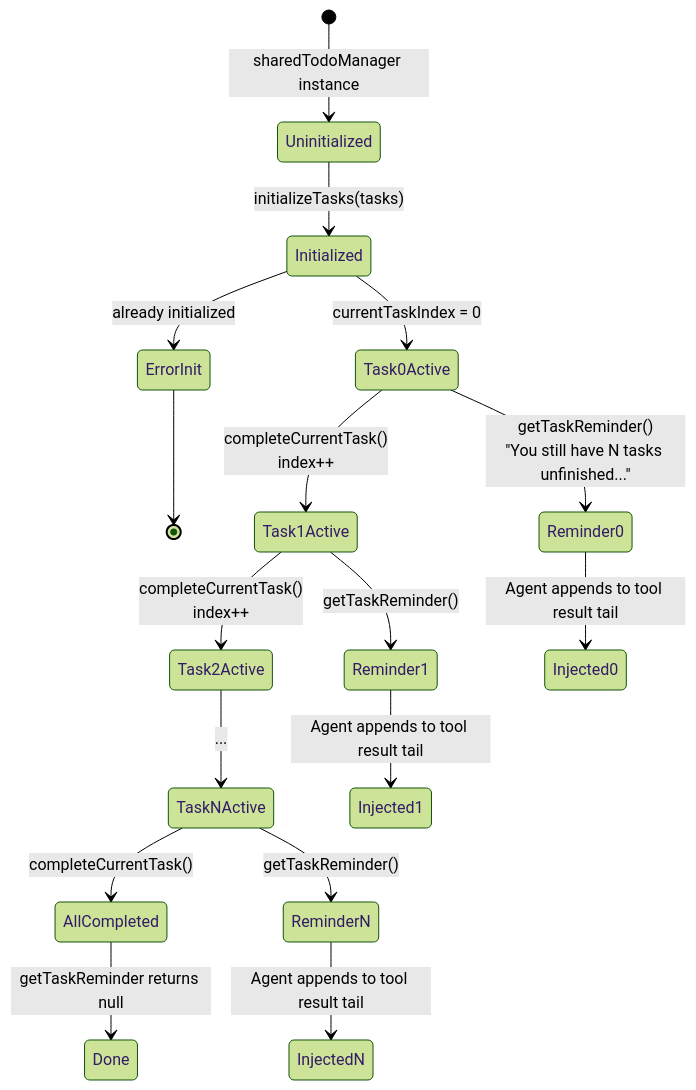
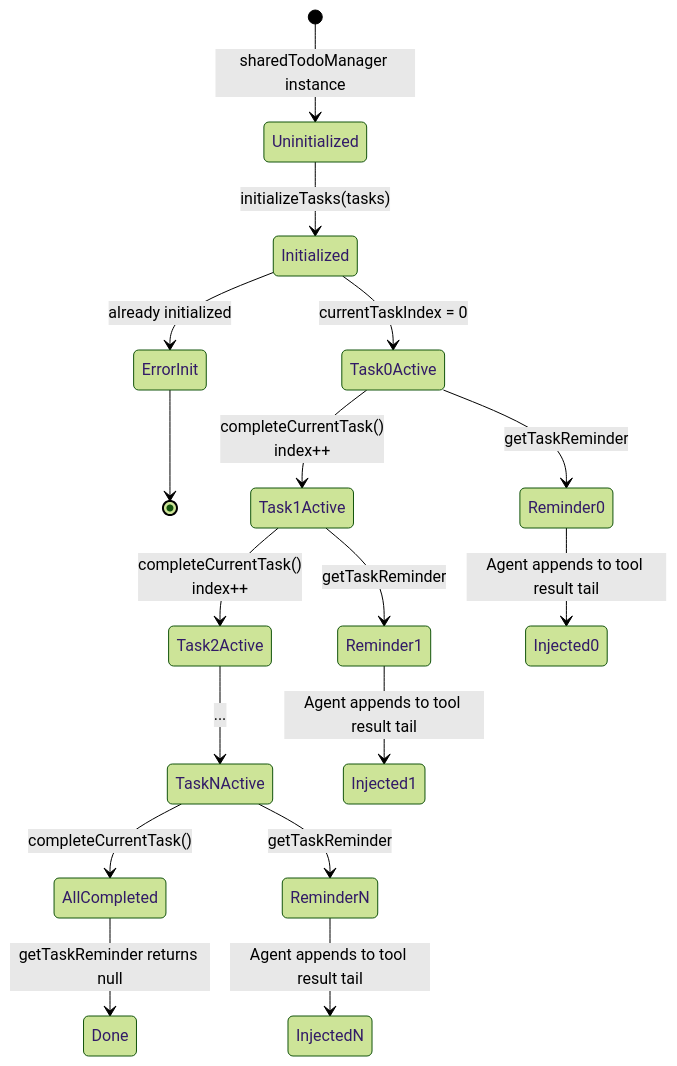
Diagram 19 of 27 in docs/ARCHITECTURE.md (lg841226/Gradum), drawn with Mermaid (forest theme) before and after one commit. The commit also changed other lines of this file, not shown here.

First line of the commit message:
fix(docs): repair Mermaid parse errors in ARCHITECTURE.md

````diff
--- a/docs/ARCHITECTURE.md
+++ b/docs/ARCHITECTURE.md
@@ -1011,23 +1012,23 @@
 ```mermaid
 stateDiagram-v2
     [*] --> Uninitialized: sharedTodoManager instance
 
     Uninitialized --> Initialized: initializeTasks(tasks)
     Initialized --> ErrorInit: already initialized
     ErrorInit --> [*]
 
     Initialized --> Task0Active: currentTaskIndex = 0
     Task0Active --> Task1Active: completeCurrentTask()<br/>index++
     Task1Active --> Task2Active: completeCurrentTask()<br/>index++
     Task2Active --> TaskNActive: ...
 
     TaskNActive --> AllCompleted: completeCurrentTask()
     AllCompleted --> Done: getTaskReminder returns null
 
-    Task0Active --> Reminder0: getTaskReminder()<br/>"You still have N tasks unfinished..."
-    Task1Active --> Reminder1: getTaskReminder()
-    TaskNActive --> ReminderN: getTaskReminder()
+    Task0Active --> Reminder0: getTaskReminder
+    Task1Active --> Reminder1: getTaskReminder
+    TaskNActive --> ReminderN: getTaskReminder
     Reminder0 --> Injected0: Agent appends to tool result tail
     Reminder1 --> Injected1: Agent appends to tool result tail
     ReminderN --> InjectedN: Agent appends to tool result tail
 ```
````
